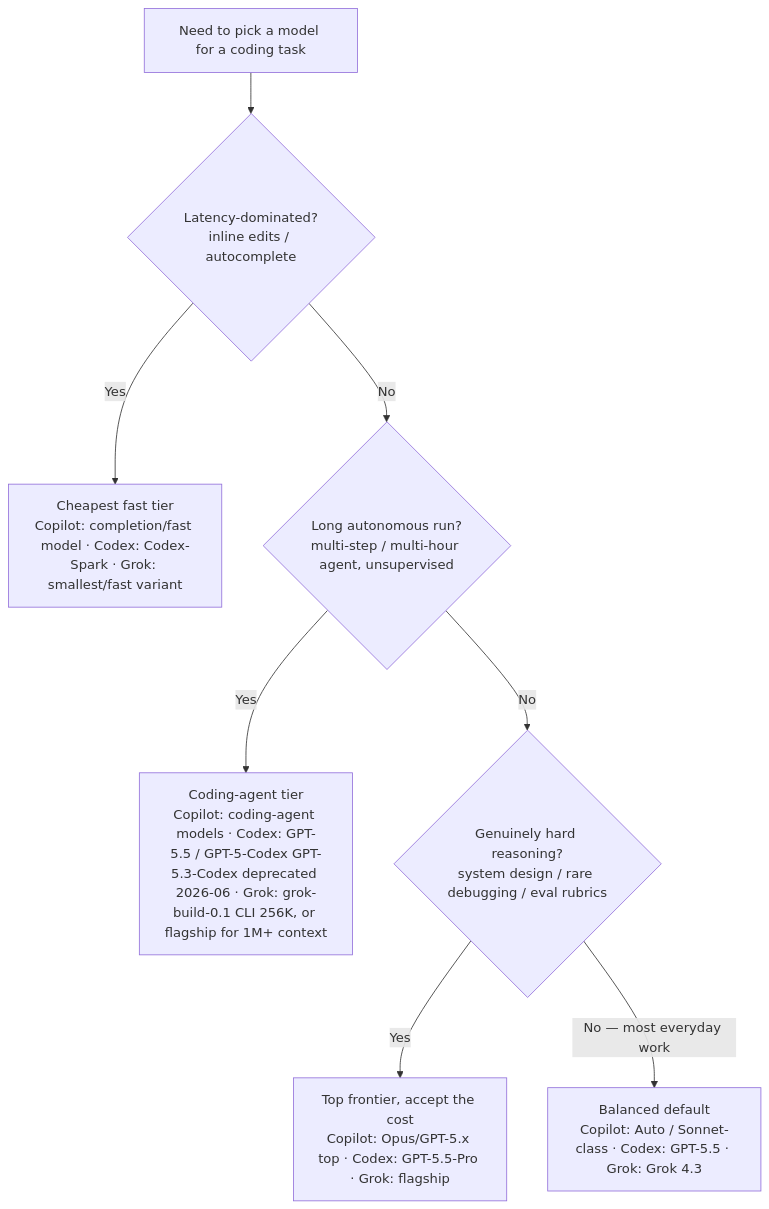
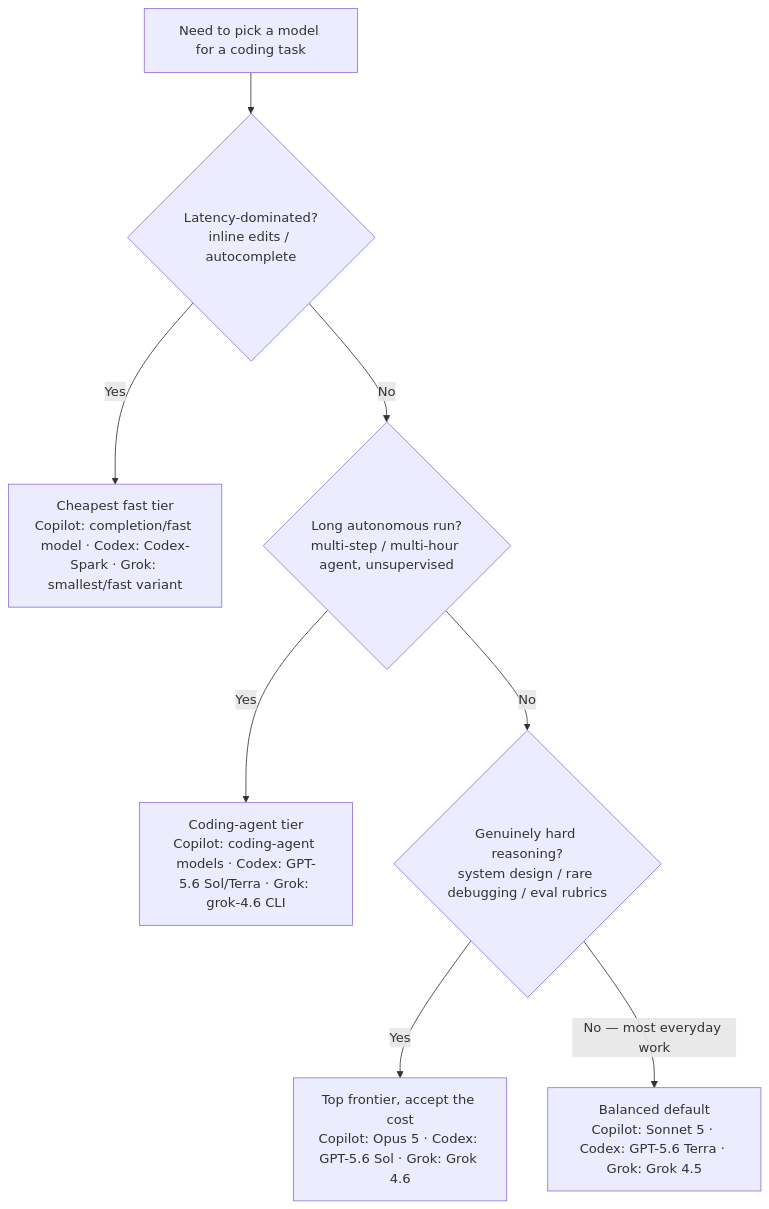
The first of 2 diagrams in plugins/ai-coding-model-guidance/knowledge/cross-tool-model-lineup-2026.md (mcorbett51090/RavenClaude), drawn with Mermaid before and after one commit. The commit also changed other lines of this file and 21 other files, not shown here.

````diff
--- a/plugins/ai-coding-model-guidance/knowledge/cross-tool-model-lineup-2026.md
+++ b/plugins/ai-coding-model-guidance/knowledge/cross-tool-model-lineup-2026.md
@@ -25,10 +25,10 @@
 ```mermaid
 flowchart TD
     A[Need to pick a model for a coding task] --> Q1{Latency-dominated?<br/>inline edits / autocomplete}
     Q1 -->|Yes| FAST[Cheapest fast tier<br/>Copilot: completion/fast model · Codex: Codex-Spark · Grok: smallest/fast variant]
     Q1 -->|No| Q2{Long autonomous run?<br/>multi-step / multi-hour agent, unsupervised}
-    Q2 -->|Yes| AGENT[Coding-agent tier<br/>Copilot: coding-agent models · Codex: GPT-5.5 / GPT-5-Codex GPT-5.3-Codex deprecated 2026-06 · Grok: grok-build-0.1 CLI 256K, or flagship for 1M+ context]
+    Q2 -->|Yes| AGENT[Coding-agent tier<br/>Copilot: coding-agent models · Codex: GPT-5.6 Sol/Terra · Grok: grok-4.6 CLI]
     Q2 -->|No| Q3{Genuinely hard reasoning?<br/>system design / rare debugging / eval rubrics}
-    Q3 -->|Yes| TOP[Top frontier, accept the cost<br/>Copilot: Opus/GPT-5.x top · Codex: GPT-5.5-Pro · Grok: flagship]
-    Q3 -->|No — most everyday work| MID[Balanced default<br/>Copilot: Auto / Sonnet-class · Codex: GPT-5.5 · Grok: Grok 4.3]
+    Q3 -->|Yes| TOP[Top frontier, accept the cost<br/>Copilot: Opus 5 · Codex: GPT-5.6 Sol · Grok: Grok 4.6]
+    Q3 -->|No — most everyday work| MID[Balanced default<br/>Copilot: Sonnet 5 · Codex: GPT-5.6 Terra · Grok: Grok 4.5]
 ```
````
